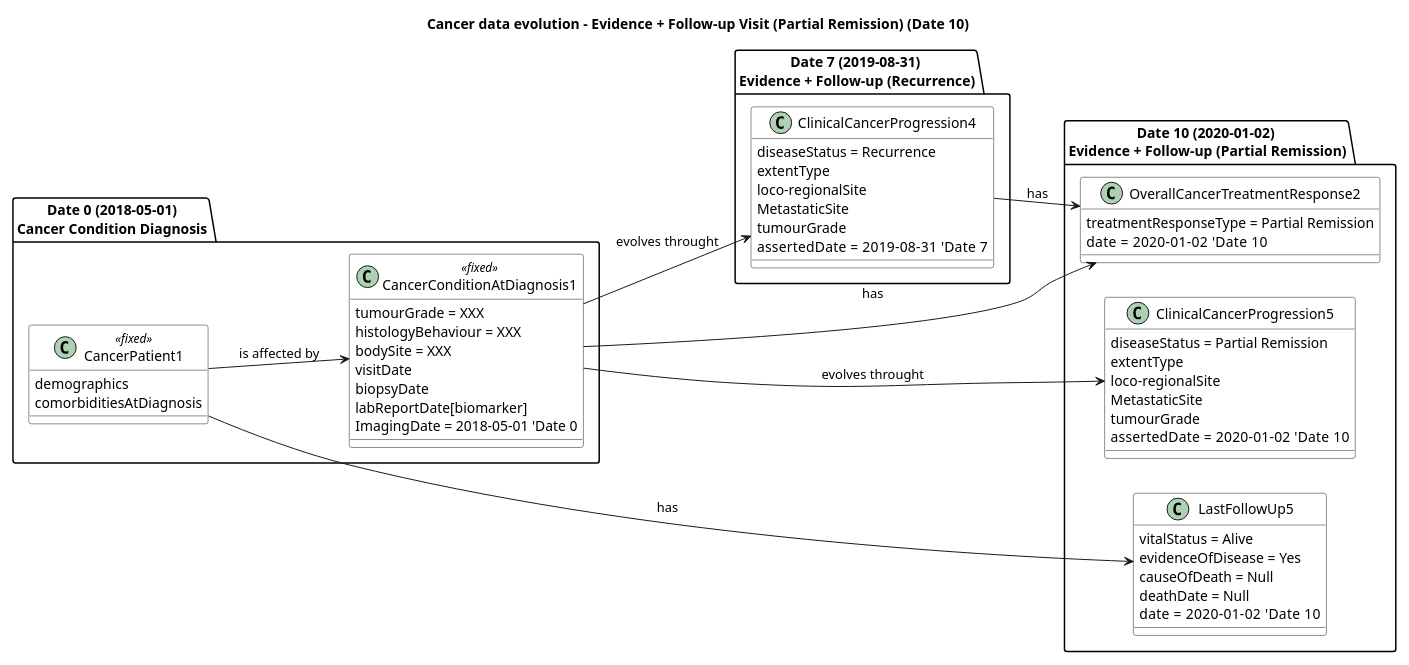
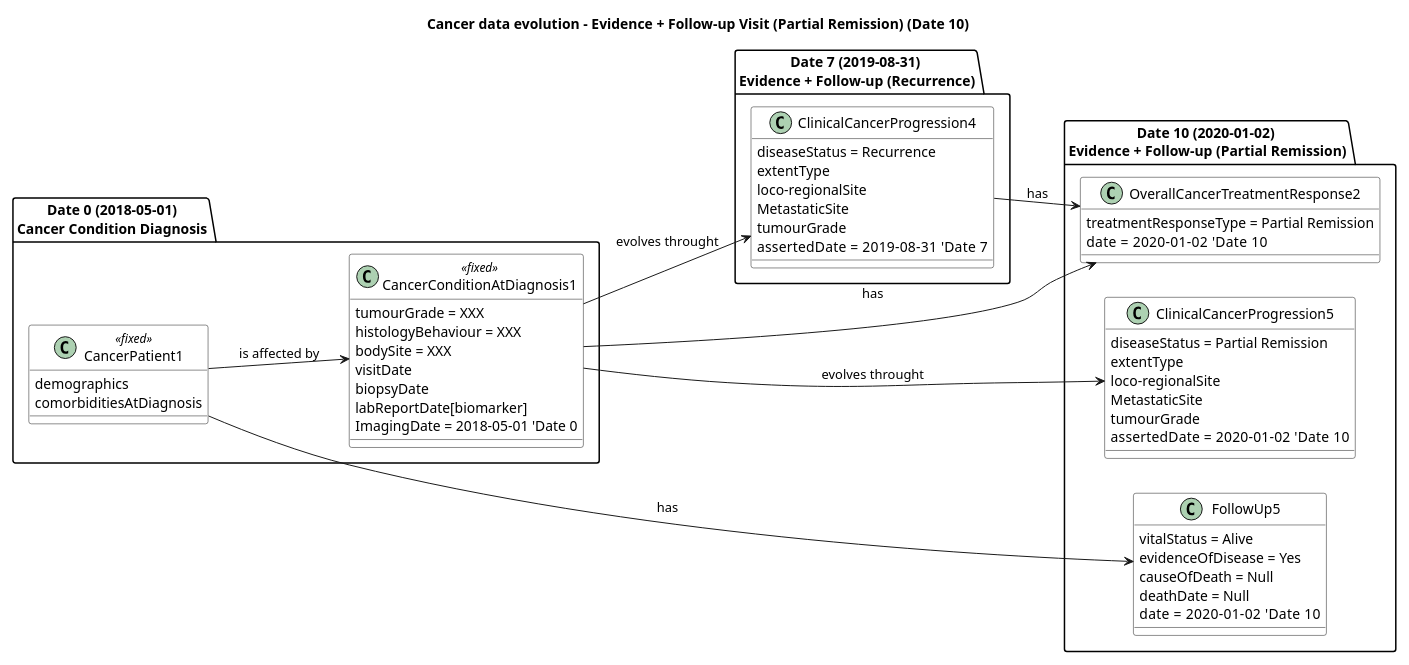
Before and after one commit to hl7-eu/cancer-common: the diagram in input/images-source/CancerDataEvolution5.plantuml, drawn with PlantUML. The commit also changed 45 other files, not shown here.

Commit message:
FHIR-58024 | Rename LastFollowUp → FollowUp

```diff
--- a/input/images-source/CancerDataEvolution5.plantuml
+++ b/input/images-source/CancerDataEvolution5.plantuml
@@ -1,149 +1,149 @@
 @startuml
 title Cancer data evolution – Evidence + Follow-up Visit (Partial Remission) (Date 10)
 
 left to right direction
 skinparam class {
   BackgroundColor White
 }
 
 scale 0.8
 
 package "Date 0 (2018-05-01)\nCancer Condition Diagnosis" {
   class CancerPatient1 <<fixed>> {
     demographics
     comorbiditiesAtDiagnosis
   }
   
   class CancerConditionAtDiagnosis1 <<fixed>> {
    tumourGrade = XXX
     histologyBehaviour = XXX
     bodySite = XXX
     visitDate 
     biopsyDate 
     labReportDate[biomarker] 
     ImagingDate = 2018-05-01 'Date 0
   }
  
 }
 
 ' Links inside Date 0
 CancerPatient1 --> CancerConditionAtDiagnosis1 : is affected by
 
 package "Date 7 (2019-08-31) \nEvidence + Follow-up (Recurrence)" {
      class ClinicalCancerProgression4 {
       diseaseStatus = Recurrence
       extentType 
       loco-regionalSite 
       MetastaticSite 
       tumourGrade
       assertedDate = 2019-08-31   'Date 7
     }
 
  }
 
   package "Date 10 (2020-01-02) \nEvidence + Follow-up (Partial Remission)" {
     
     class OverallCancerTreatmentResponse2 {
       treatmentResponseType = Partial Remission
       date = 2020-01-02   'Date 10
     }
 
-    class LastFollowUp5 {
+    class FollowUp5 {
      vitalStatus = Alive
      evidenceOfDisease = Yes
      causeOfDeath = Null
      deathDate = Null
      date = 2020-01-02   'Date 10
   }
 
     class ClinicalCancerProgression5 {
       diseaseStatus = Partial Remission
       extentType 
       loco-regionalSite 
       MetastaticSite 
       tumourGrade
       assertedDate = 2020-01-02   'Date 10
     }
 
  }
 
 CancerConditionAtDiagnosis1 --> ClinicalCancerProgression4 : evolves throught
 CancerConditionAtDiagnosis1 --> OverallCancerTreatmentResponse2 : has
 ClinicalCancerProgression4 --> OverallCancerTreatmentResponse2 : has
-CancerPatient1 --> LastFollowUp5 : has
+CancerPatient1 --> FollowUp5 : has
 CancerConditionAtDiagnosis1 --> ClinicalCancerProgression5 : evolves throught
 
 
 /' ' =====================================================
 'Date 10 – 2020-01-02 (evidence + follow-up visit)
 ' =====================================================
 package "Date 10 (2020-01-02)\nEvidence + Follow-up Visit" {
 
   class TR2 as "Treatment Response 2" {
     treatment_response_type = Partial Remission
     based_on = latest evidence
     date = 2020-01-02
   }
 
   class CancerCondition_D10 as "Cancer Condition" {
     histology_behaviour (fixed)
     body_site (fixed)
     tumour_grade
     asserted_date = procedure date (fixed)
     base_of_diagnosis (fixed)
     imaging_type (fixed)
     biomarker_type (fixed)
     disease_status = Partial Remission
     last_check = Date 10
   }
 
   class DiseaseEvolution1 as "Disease Evolution (over time & space) 1" {
     extent_type = Recurrence
     disease_extent (sites)
     histology_behaviour
     tumour_grade
     base_of_diagnosis
     imaging_type
     biomarker_type
     genomics
     asserted_date = Date 7 (fixed)
   }
 
   class Patient_D10 as "Patient" <<fixed>> {
     demographics
     comorbidities
     life_status = Alive With Disease (AWD)
     last_check = Date 10
   }
 }
 
 
 package drugTreatment as "Drug Treatment" {
 
 ' ===========================================
 'Date 8 – 2019-09-10 (Drug treatment start)
 ' ===========================================
 package date8 as "Date 8 (2019-09-10)\nDrug Treatment Start" {
   class DrugAdministration_Start as "Drug Administration" {
     intent = definitive
     start_date = 2019-09-10
   }
 }
 
 ' ===========================================
 'Date 9 – 2019-12-16 (Drug treatment end)
 ' ===========================================
 package date9 as "Date 9 (2019-12-16)\nDrug Treatment End" {
   class DrugAdministration_End as "Drug Administration (end)" {
     intent = definitive
     end_date = 2019-12-16
   }
 }
 
 }
 
 TR2 --> drugTreatment : related to
 
 ' Relationships (as implied by the picture) '/
 
 @enduml
```
